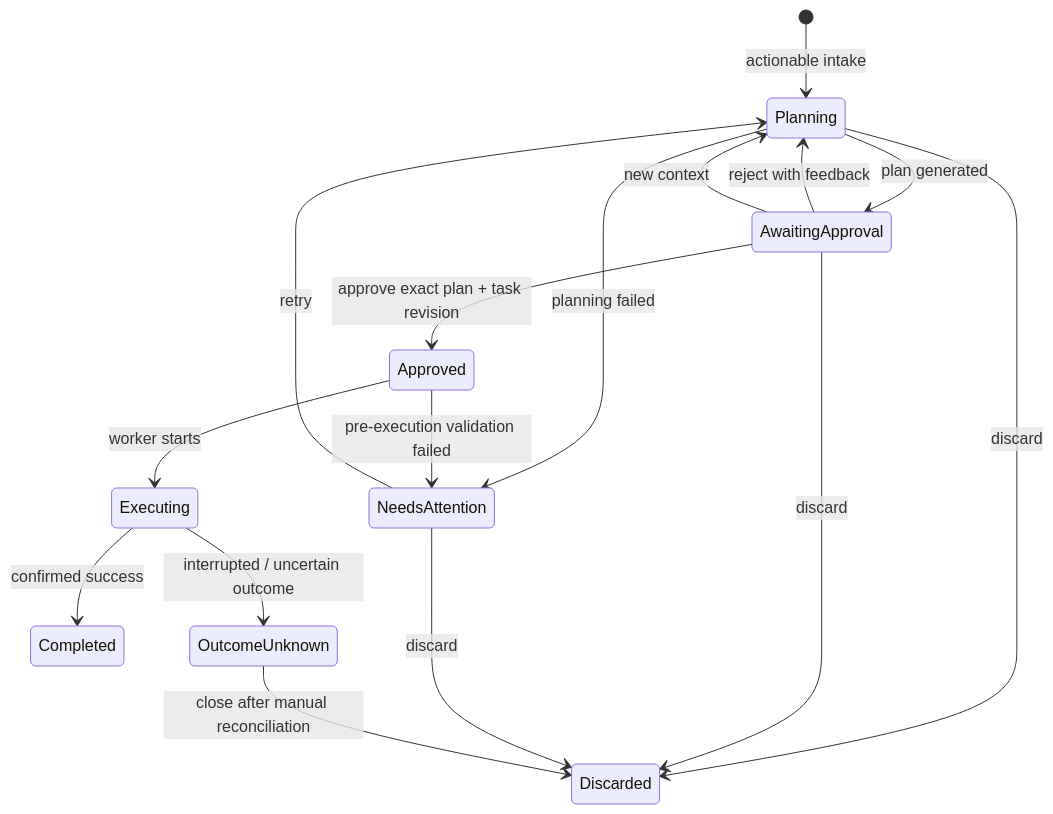
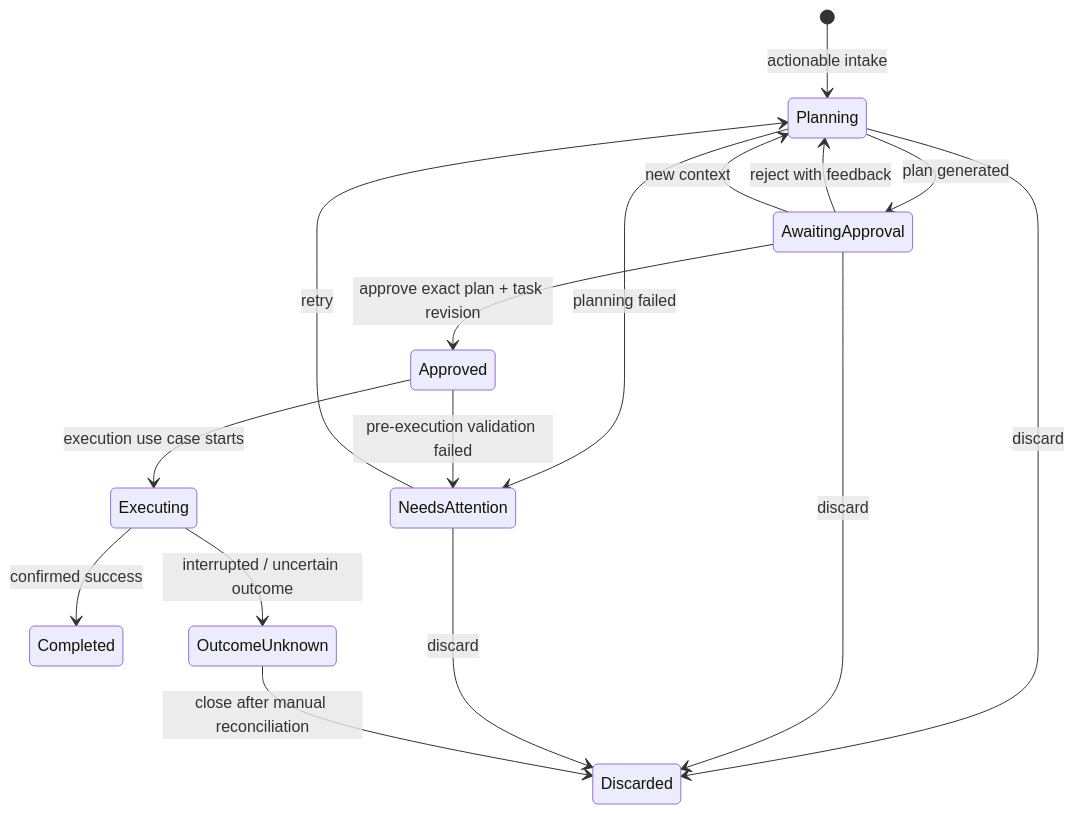
Before and after one commit to MichalTichy/Samwise-Assistant: the diagram in docs/architecture.md, drawn with Mermaid. The commit also changed other lines of this file and 71 other files, not shown here.

````diff
--- a/docs/architecture.md
+++ b/docs/architecture.md
@@ -37,18 +34,18 @@
 ```mermaid
 stateDiagram-v2
     [*] --> Planning: actionable intake
     Planning --> AwaitingApproval: plan generated
     Planning --> NeedsAttention: planning failed
     AwaitingApproval --> Approved: approve exact plan + task revision
     AwaitingApproval --> Planning: reject with feedback
     AwaitingApproval --> Planning: new context
-    Approved --> Executing: worker starts
+    Approved --> Executing: execution use case starts
     Approved --> NeedsAttention: pre-execution validation failed
     Executing --> Completed: confirmed success
     Executing --> OutcomeUnknown: interrupted / uncertain outcome
     NeedsAttention --> Planning: retry
     Planning --> Discarded: discard
     AwaitingApproval --> Discarded: discard
     NeedsAttention --> Discarded: discard
     OutcomeUnknown --> Discarded: close after manual reconciliation
 ```
````
